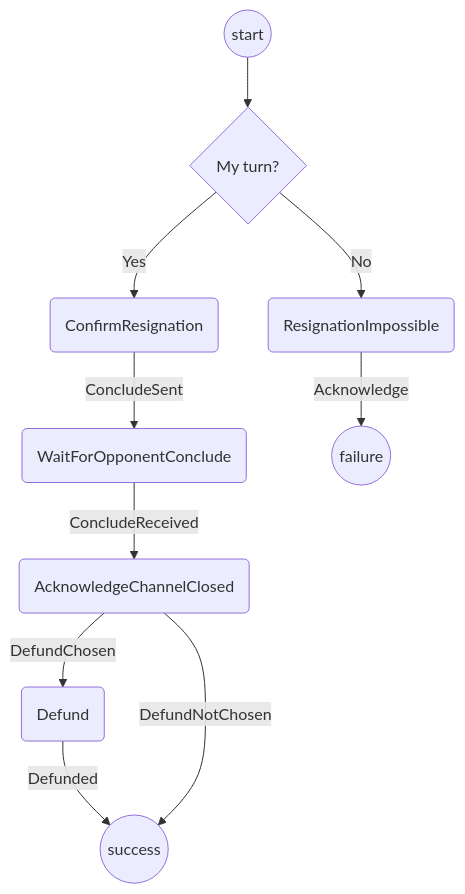
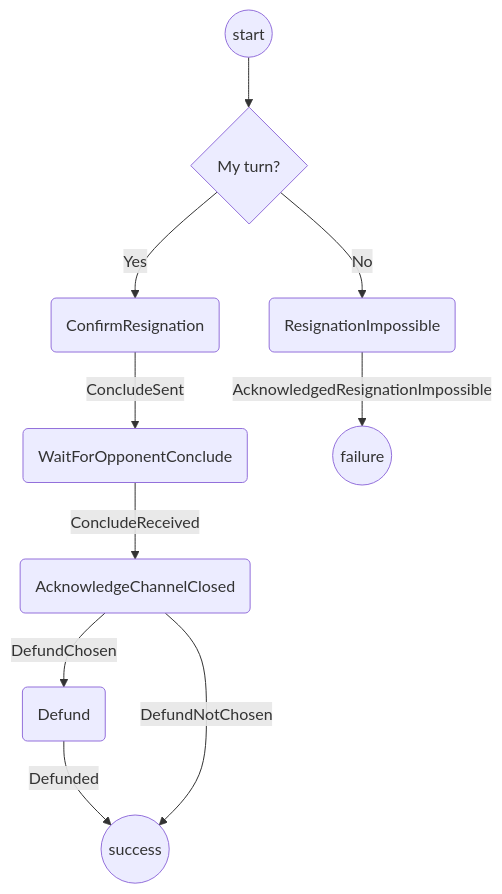
One commit to magmo/apps changed the diagram in packages/wallet/src/redux/protocols/resigning/readme.md. Above: the diagram before and after it, drawn with Mermaid. The commit also changed 2 other files, not shown here.

Commit message:
Fill out actions

````diff
--- a/packages/wallet/src/redux/protocols/resigning/readme.md
+++ b/packages/wallet/src/redux/protocols/resigning/readme.md
@@ -20,12 +20,12 @@
 ```mermaid
 graph TD
   S((start)) --> CR{My turn?}
   CR  --> |Yes| CC(ConfirmResignation)
   CR  --> |No| RC(ResignationImpossible)
   CC  --> |ConcludeSent| WOC(WaitForOpponentConclude)
   WOC --> |ConcludeReceived| ACC(AcknowledgeChannelClosed)
   ACC --> |DefundChosen| D(Defund)
   D   --> |Defunded| SS
   ACC --> |DefundNotChosen| SS((success))
-  RC  --> |Acknowledge| F((failure))
+  RC  --> |AcknowledgedResignationImpossible| F((failure))
 ```
````
